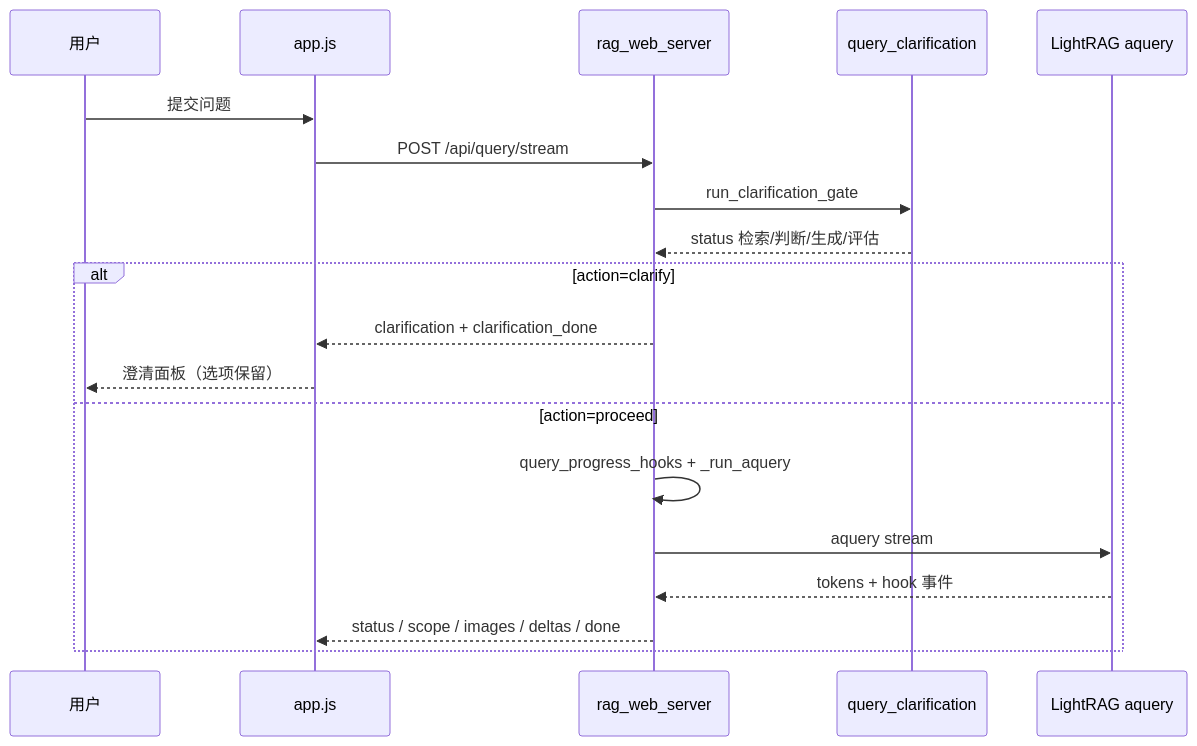
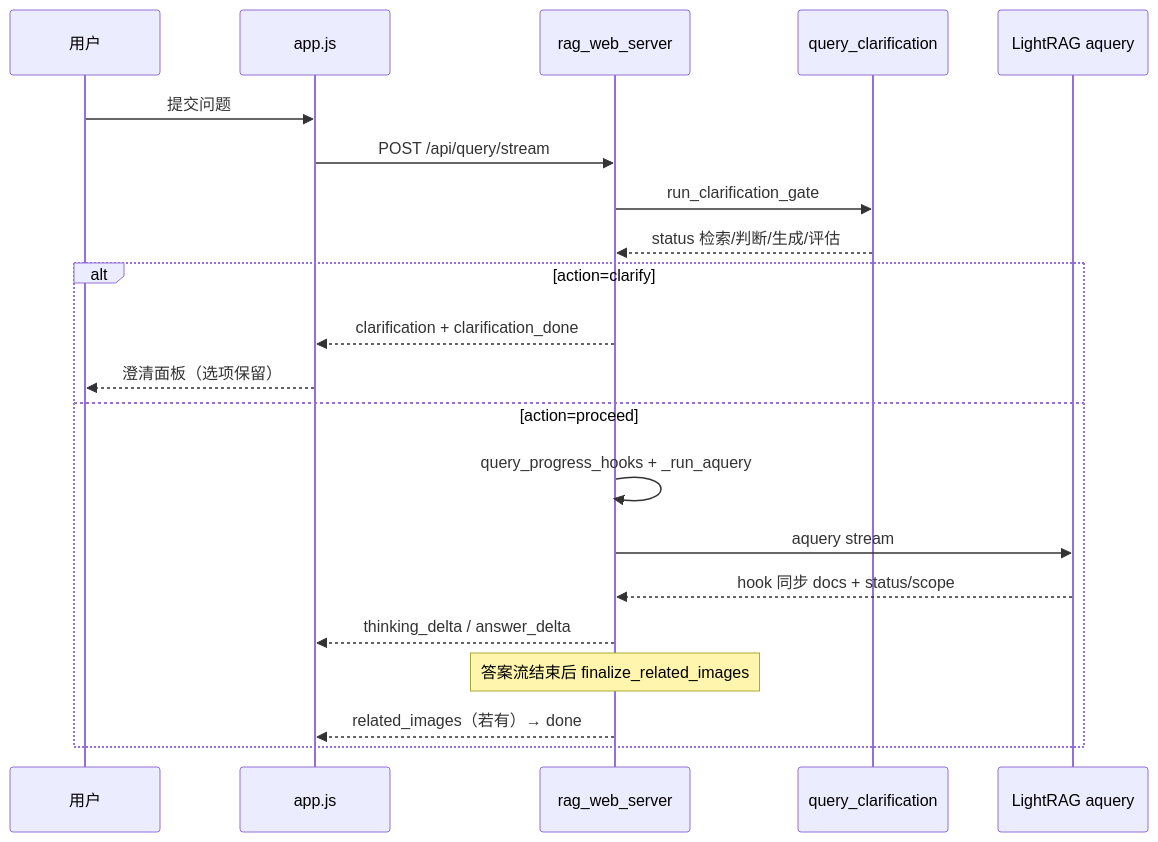
One commit to yiliangbetter/IndustrialRAG changed the third of 7 diagrams in docs/问答全流程图.md. Above: the diagram before and after it, drawn with Mermaid. The commit also changed other lines of this file and 2 other files, not shown here.

First line of the commit message:
fix(query): restore retrieval_scope SSE and align Q&A flow docs

````diff
--- a/docs/问答全流程图.md
+++ b/docs/问答全流程图.md
@@ -163,22 +169,24 @@
 ```mermaid
 sequenceDiagram
     participant U as 用户
     participant JS as app.js
     participant API as rag_web_server
     participant G as query_clarification
     participant RAG as LightRAG aquery
 
     U->>JS: 提交问题
     JS->>API: POST /api/query/stream
     API->>G: run_clarification_gate
     G-->>API: status 检索/判断/生成/评估
     alt action=clarify
         API-->>JS: clarification + clarification_done
         JS-->>U: 澄清面板（选项保留）
     else action=proceed
         API->>API: query_progress_hooks + _run_aquery
         API->>RAG: aquery stream
-        RAG-->>API: tokens + hook 事件
-        API-->>JS: status / scope / images / deltas / done
+        RAG-->>API: hook 同步 docs + status/scope
+        API-->>JS: thinking_delta / answer_delta
+        Note over API: 答案流结束后 finalize_related_images
+        API-->>JS: related_images（若有）→ done
     end
 ```
````
